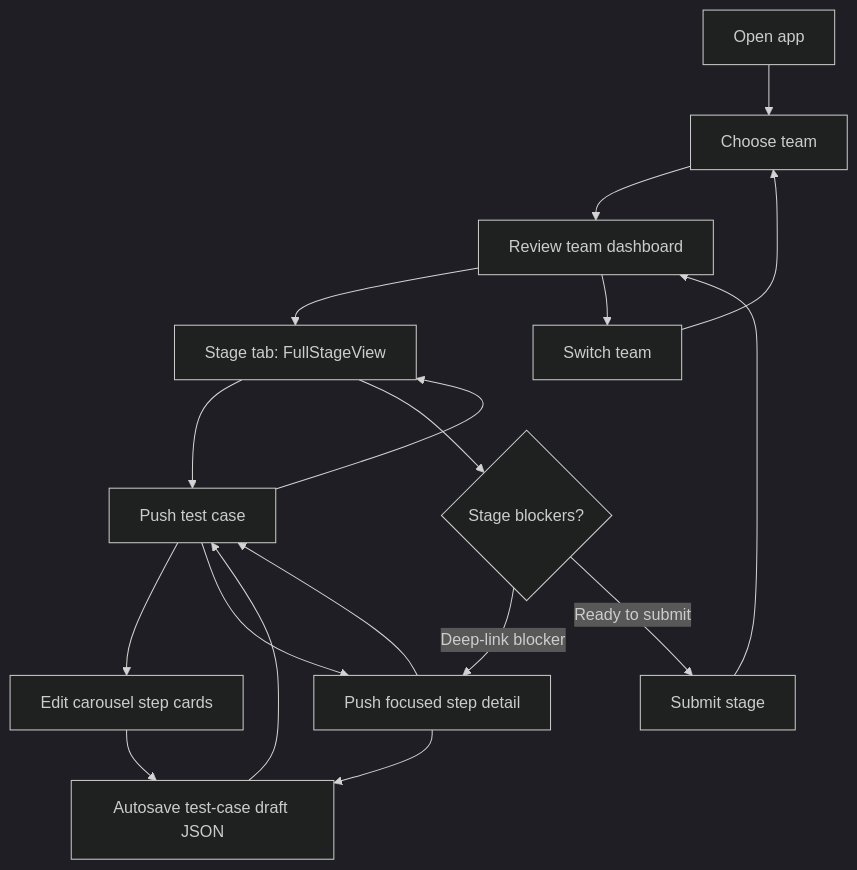
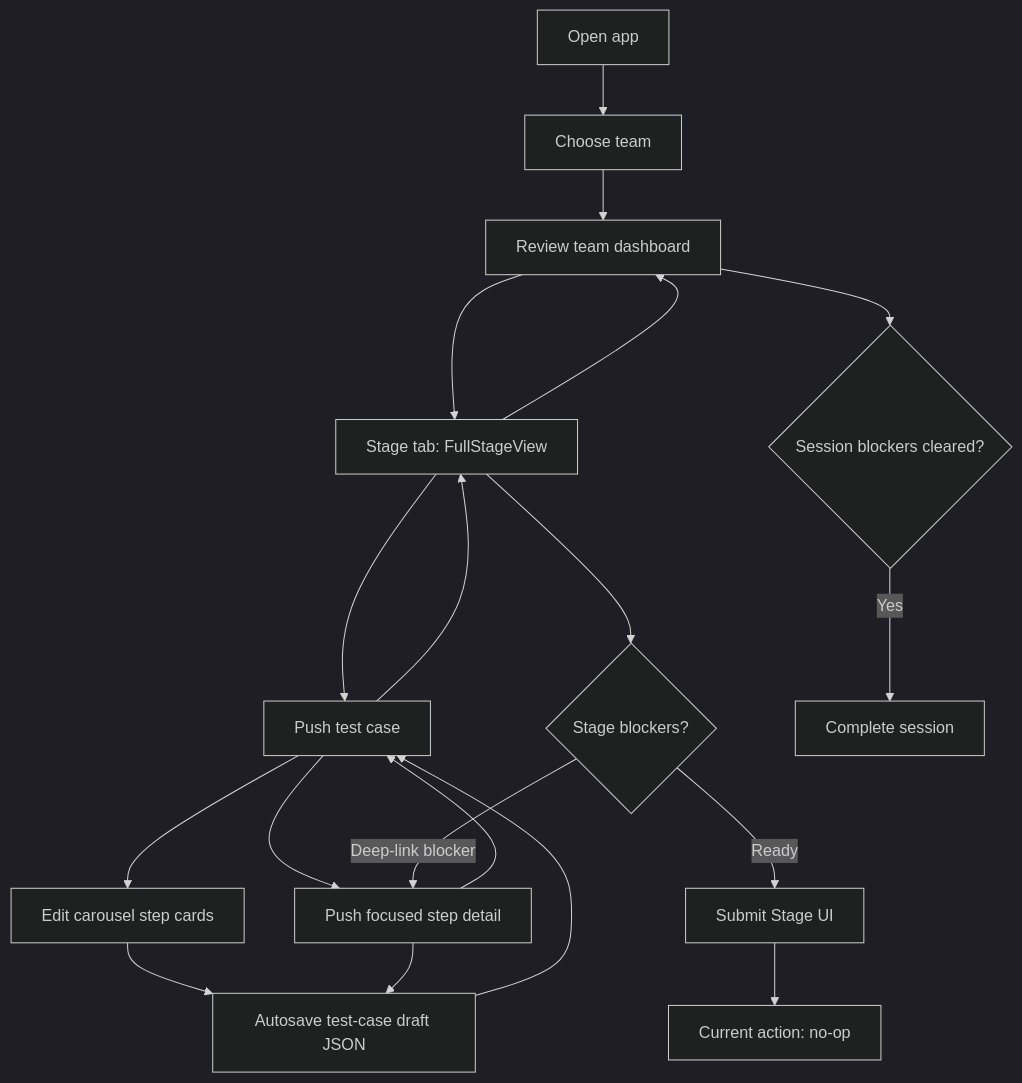
One commit to diegomhamilton/fsae-competition-app changed the diagram in docs/system-map.md. Above: the diagram before and after it, drawn with Mermaid (dark theme). The commit also changed other lines of this file and 2 other files, not shown here.

First line of the commit message:
docs: add architecture overview and business context (#86)

````diff
--- a/docs/system-map.md
+++ b/docs/system-map.md
@@ -64,20 +113,21 @@
 ```mermaid
 flowchart TD
     Launch["Open app"] --> Sessions["Choose team"]
     Sessions --> Dashboard["Review team dashboard"]
     Dashboard --> Stage["Stage tab: FullStageView"]
     Stage --> Case["Push test case"]
     Case --> Inline["Edit carousel step cards"]
     Case --> Detail["Push focused step detail"]
     Inline --> Draft["Autosave test-case draft JSON"]
     Detail --> Draft
     Draft --> Case
     Detail --> Case
     Case --> Stage
     Stage --> Blockers{"Stage blockers?"}
     Blockers -->|"Deep-link blocker"| Detail
-    Blockers -->|"Ready to submit"| Submit["Submit stage"]
-    Submit --> Dashboard
-    Dashboard --> Switch["Switch team"]
-    Switch --> Sessions
+    Blockers -->|"Ready"| SubmitUI["Submit Stage UI"]
+    SubmitUI --> NoOp["Current action: no-op"]
+    Stage --> Dashboard
+    Dashboard --> Complete{"Session blockers cleared?"}
+    Complete -->|"Yes"| End["Complete session"]
 ```
````
